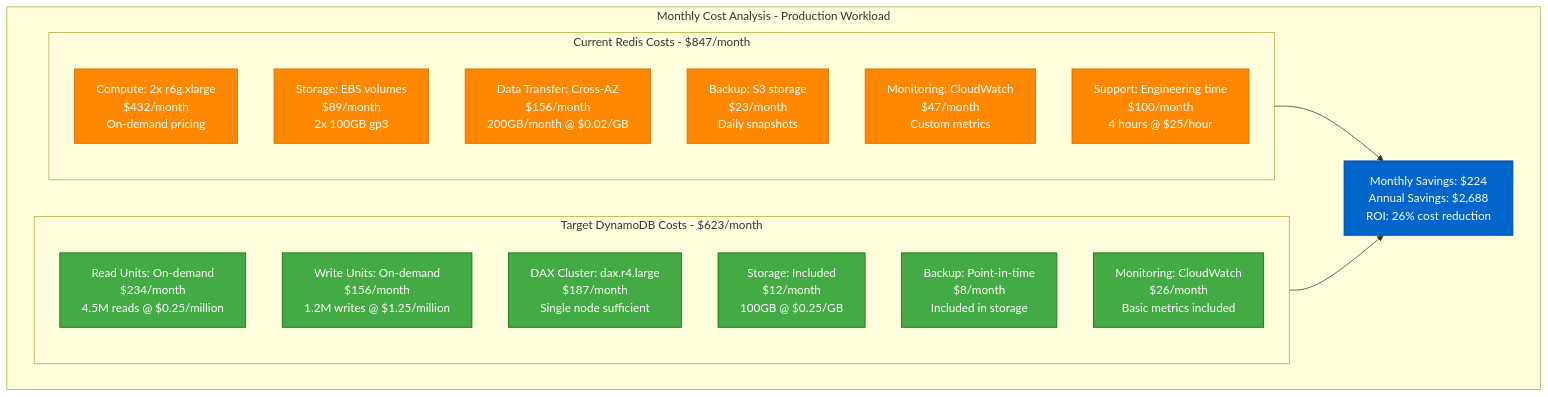
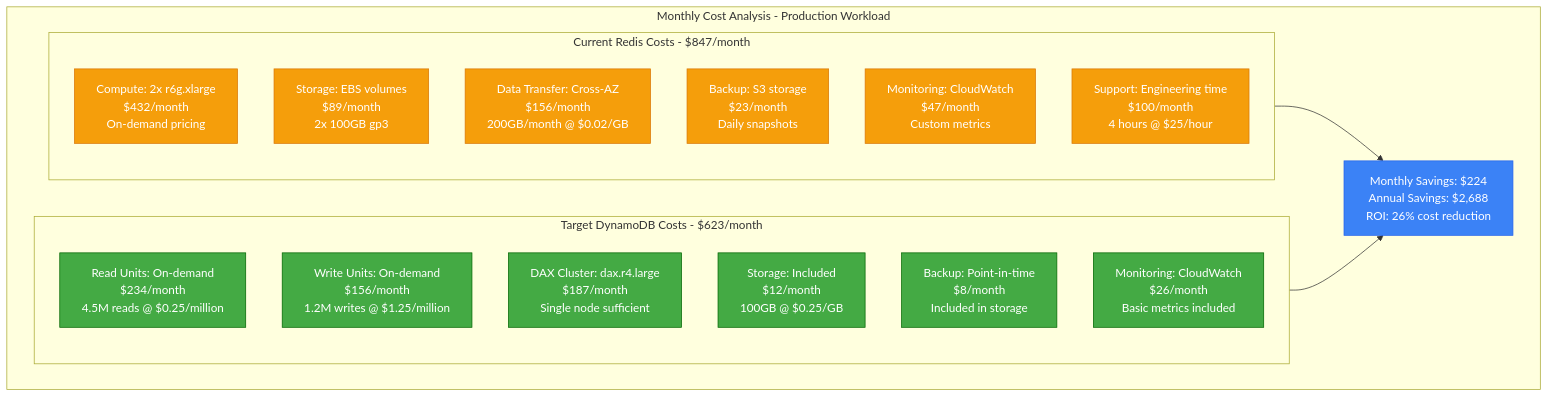
One commit to deepaucksharma/DS changed the sixth of 6 diagrams in site/docs/migrations/redis-to-dynamodb-sessions.md. Above: the diagram before and after it, drawn with Mermaid. The commit also changed other lines of this file and 187 other files, not shown here.

````diff
--- a/site/docs/migrations/redis-to-dynamodb-sessions.md
+++ b/site/docs/migrations/redis-to-dynamodb-sessions.md
@@ -600,37 +600,37 @@
 ```mermaid
 graph TB
     subgraph CostComparison[Monthly Cost Analysis - Production Workload]
 
         subgraph RedisCosts[Current Redis Costs - $847/month]
             REDIS_COMPUTE[Compute: 2x r6g.xlarge<br/>$432/month<br/>On-demand pricing]
             REDIS_STORAGE[Storage: EBS volumes<br/>$89/month<br/>2x 100GB gp3]
             REDIS_NETWORK[Data Transfer: Cross-AZ<br/>$156/month<br/>200GB/month @ $0.02/GB]
             REDIS_BACKUP[Backup: S3 storage<br/>$23/month<br/>Daily snapshots]
             REDIS_MONITORING[Monitoring: CloudWatch<br/>$47/month<br/>Custom metrics]
             REDIS_SUPPORT[Support: Engineering time<br/>$100/month<br/>4 hours @ $25/hour]
         end
 
         subgraph DynamoCosts[Target DynamoDB Costs - $623/month]
             DDB_READ[Read Units: On-demand<br/>$234/month<br/>4.5M reads @ $0.25/million]
             DDB_WRITE[Write Units: On-demand<br/>$156/month<br/>1.2M writes @ $1.25/million]
             DAX_COMPUTE[DAX Cluster: dax.r4.large<br/>$187/month<br/>Single node sufficient]
             DDB_STORAGE[Storage: Included<br/>$12/month<br/>100GB @ $0.25/GB]
             DDB_BACKUP[Backup: Point-in-time<br/>$8/month<br/>Included in storage]
             DDB_MONITORING[Monitoring: CloudWatch<br/>$26/month<br/>Basic metrics included]
         end
 
         SAVINGS[Monthly Savings: $224<br/>Annual Savings: $2,688<br/>ROI: 26% cost reduction]
 
         RedisCosts --> SAVINGS
         DynamoCosts --> SAVINGS
     end
 
     %% Cost colors
-    classDef currentCost fill:#ff8800,stroke:#cc6600,color:#fff
+    classDef currentCost fill:#F59E0B,stroke:#D97706,color:#fff
     classDef targetCost fill:#44aa44,stroke:#006600,color:#fff
-    classDef savingsStyle fill:#0066cc,stroke:#004499,color:#fff
+    classDef savingsStyle fill:#3B82F6,stroke:#2563EB,color:#fff
 
     class REDIS_COMPUTE,REDIS_STORAGE,REDIS_NETWORK,REDIS_BACKUP,REDIS_MONITORING,REDIS_SUPPORT currentCost
     class DDB_READ,DDB_WRITE,DAX_COMPUTE,DDB_STORAGE,DDB_BACKUP,DDB_MONITORING targetCost
     class SAVINGS savingsStyle
 ```
````
